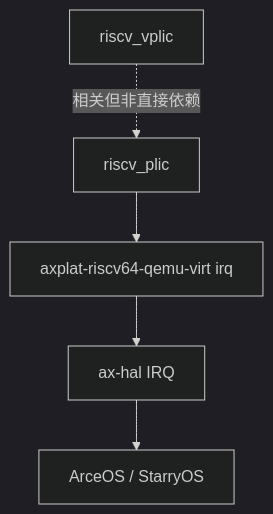
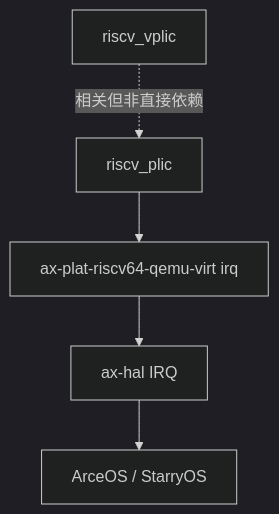
The diagram in docs/crates/riscv_plic.md (zKurisu/tgoskits), drawn with Mermaid (dark theme) before and after one commit. The commit also changed other lines of this file and 41 other files, not shown here.

Commit message:
rename axplat-riscv64-qemu-virt to ax-plat-riscv64-qemu-virt

````diff
--- a/docs/crates/riscv_plic.md
+++ b/docs/crates/riscv_plic.md
@@ -175,7 +175,7 @@
 ```mermaid
 graph TD
-    A[riscv_plic] --> B[axplat-riscv64-qemu-virt irq]
+    A[riscv_plic] --> B[ax-plat-riscv64-qemu-virt irq]
     B --> C[ax-hal IRQ]
     C --> D[ArceOS / StarryOS]
     E[riscv_vplic] -.相关但非直接依赖.-> A
 ```
````
